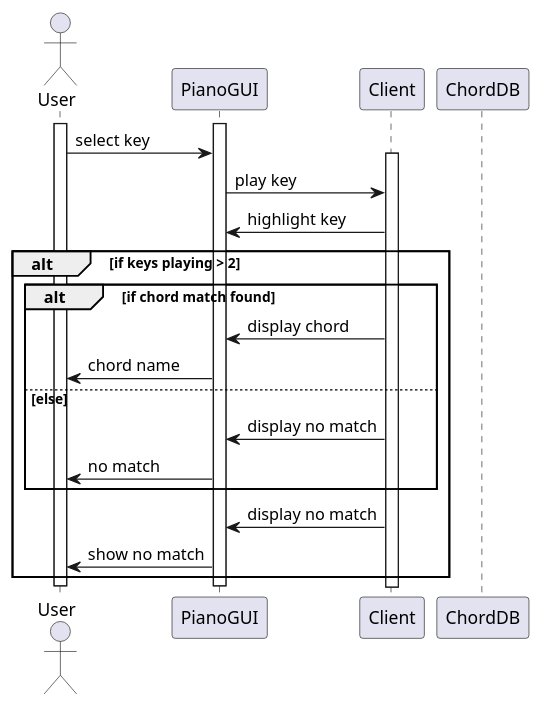
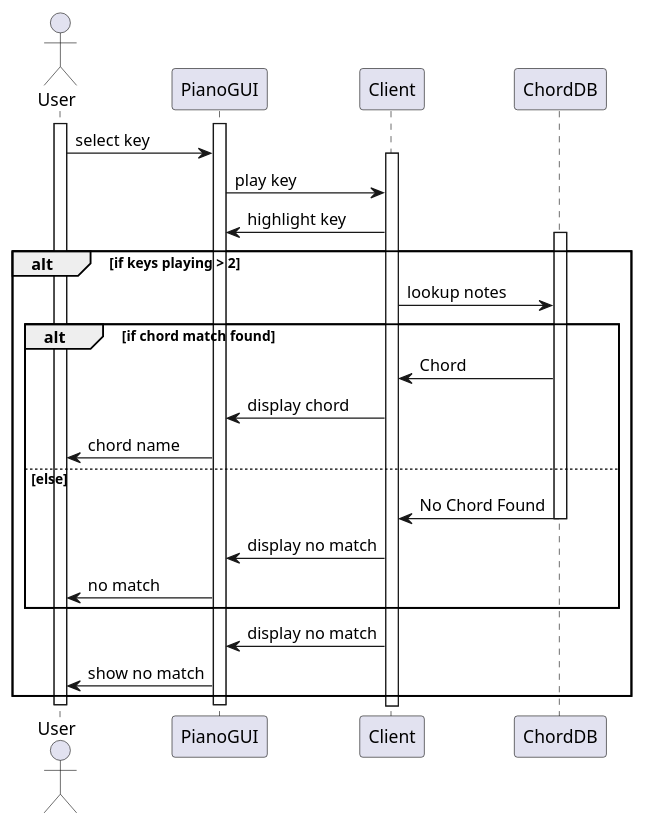
Before and after one commit to devinchristianson/daj: the diagram in docs/uml/chordmatchSequenceAnalysis.pu, drawn with PlantUML. The commit also changed 1 other file, not shown here.

Commit message:
fix some existing sequence diagrams

```diff
--- a/docs/uml/chordmatchSequenceAnalysis.pu
+++ b/docs/uml/chordmatchSequenceAnalysis.pu
@@ -1,25 +1,30 @@
 @startuml
 actor User
 participant PianoGUI
 participant Client
 participant ChordDB
 activate User
 activate PianoGUI
 User -> PianoGUI: select key
 activate Client
 PianoGUI -> Client: play key
 Client -> PianoGUI: highlight key
 alt if keys playing > 2
+activate ChordDB
+Client -> ChordDB : lookup notes
 alt if chord match found
+ChordDB -> Client : Chord
 Client -> PianoGUI: display chord
 PianoGUI -> User: chord name
 else else
+ChordDB -> Client : No Chord Found
+deactivate ChordDB
 Client -> PianoGUI: display no match
 PianoGUI -> User: no match
 end
 Client -> PianoGUI: display no match
 PianoGUI -> User: show no match
 end
 deactivate PianoGUI
 deactivate User
 @enduml
```
